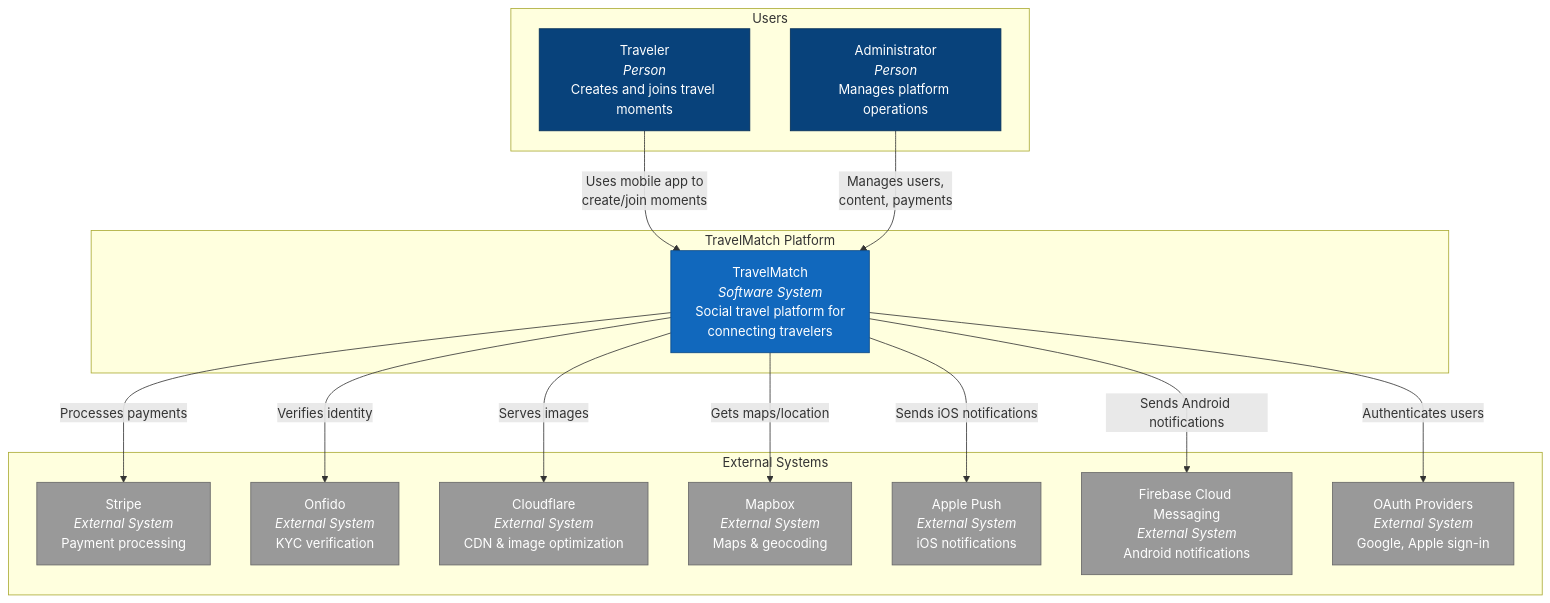
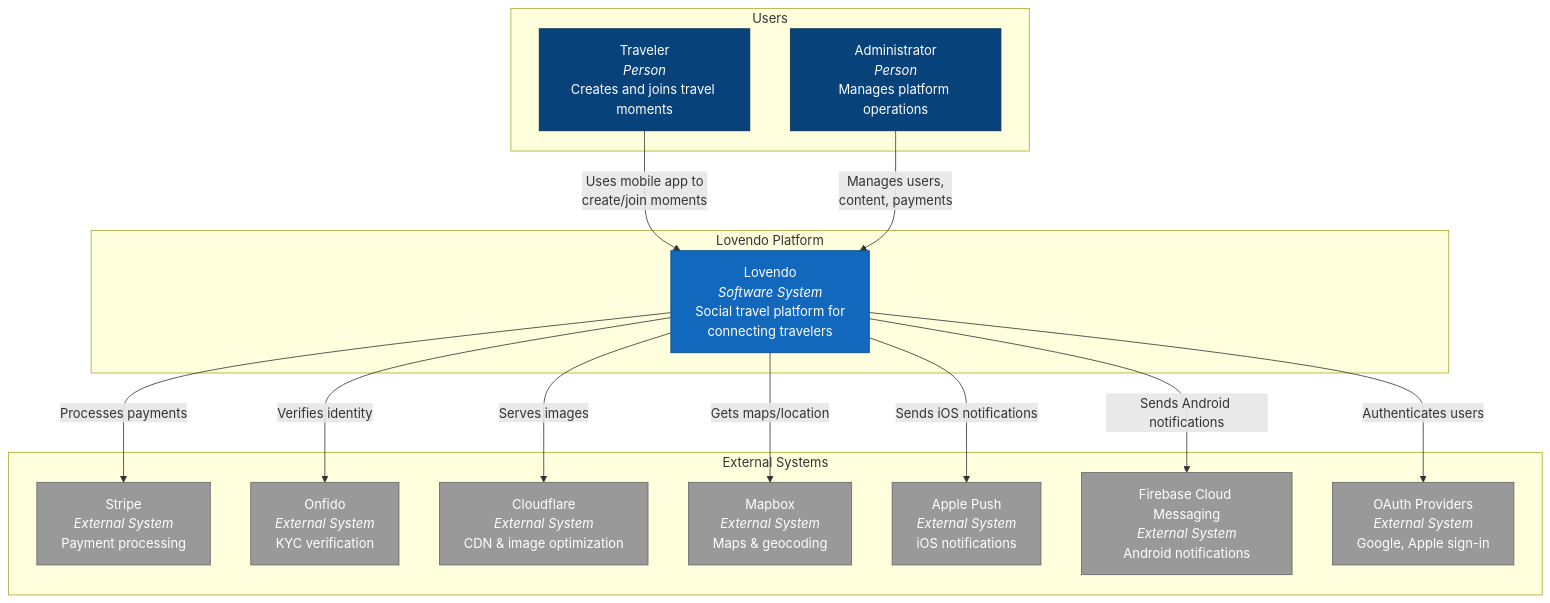
One commit to weareasocialyazilim/travelmatch changed the first of 12 diagrams in docs/architecture/C4_MODEL.md. Above: the diagram before and after it, drawn with Mermaid. The commit also changed other lines of this file and 505 other files, not shown here.

Commit message:
Refactor: Total rebranding from TravelMatch to Lovendo - Migrated Android package, updated iOS plist, renamed UI components from TM* to Lovendo*, updated configs and docs.

````diff
--- a/docs/architecture/C4_MODEL.md
+++ b/docs/architecture/C4_MODEL.md
@@ -22,43 +22,43 @@
 ```mermaid
 graph TB
     subgraph users ["Users"]
         traveler["Traveler<br/><i>Person</i><br/>Creates and joins travel moments"]
         admin["Administrator<br/><i>Person</i><br/>Manages platform operations"]
     end
 
-    subgraph travelmatch ["TravelMatch Platform"]
-        system["TravelMatch<br/><i>Software System</i><br/>Social travel platform for<br/>connecting travelers"]
+    subgraph lovendo ["Lovendo Platform"]
+        system["Lovendo<br/><i>Software System</i><br/>Social travel platform for<br/>connecting travelers"]
     end
 
     subgraph external ["External Systems"]
         stripe["Stripe<br/><i>External System</i><br/>Payment processing"]
         onfido["Onfido<br/><i>External System</i><br/>KYC verification"]
         cloudflare["Cloudflare<br/><i>External System</i><br/>CDN & image optimization"]
         mapbox["Mapbox<br/><i>External System</i><br/>Maps & geocoding"]
         apns["Apple Push<br/><i>External System</i><br/>iOS notifications"]
         fcm["Firebase Cloud Messaging<br/><i>External System</i><br/>Android notifications"]
         oauth["OAuth Providers<br/><i>External System</i><br/>Google, Apple sign-in"]
     end
 
     traveler -->|"Uses mobile app to<br/>create/join moments"| system
     admin -->|"Manages users,<br/>content, payments"| system
 
     system -->|"Processes payments"| stripe
     system -->|"Verifies identity"| onfido
     system -->|"Serves images"| cloudflare
     system -->|"Gets maps/location"| mapbox
     system -->|"Sends iOS notifications"| apns
     system -->|"Sends Android notifications"| fcm
     system -->|"Authenticates users"| oauth
 
     style traveler fill:#08427b,stroke:#052e56,color:#fff
     style admin fill:#08427b,stroke:#052e56,color:#fff
     style system fill:#1168bd,stroke:#0b4884,color:#fff
     style stripe fill:#999999,stroke:#666666,color:#fff
     style onfido fill:#999999,stroke:#666666,color:#fff
     style cloudflare fill:#999999,stroke:#666666,color:#fff
     style mapbox fill:#999999,stroke:#666666,color:#fff
     style apns fill:#999999,stroke:#666666,color:#fff
     style fcm fill:#999999,stroke:#666666,color:#fff
     style oauth fill:#999999,stroke:#666666,color:#fff
 ```
````
